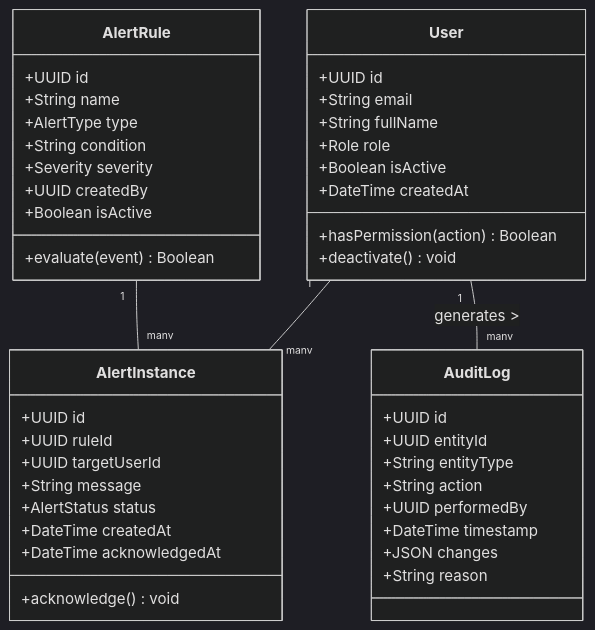
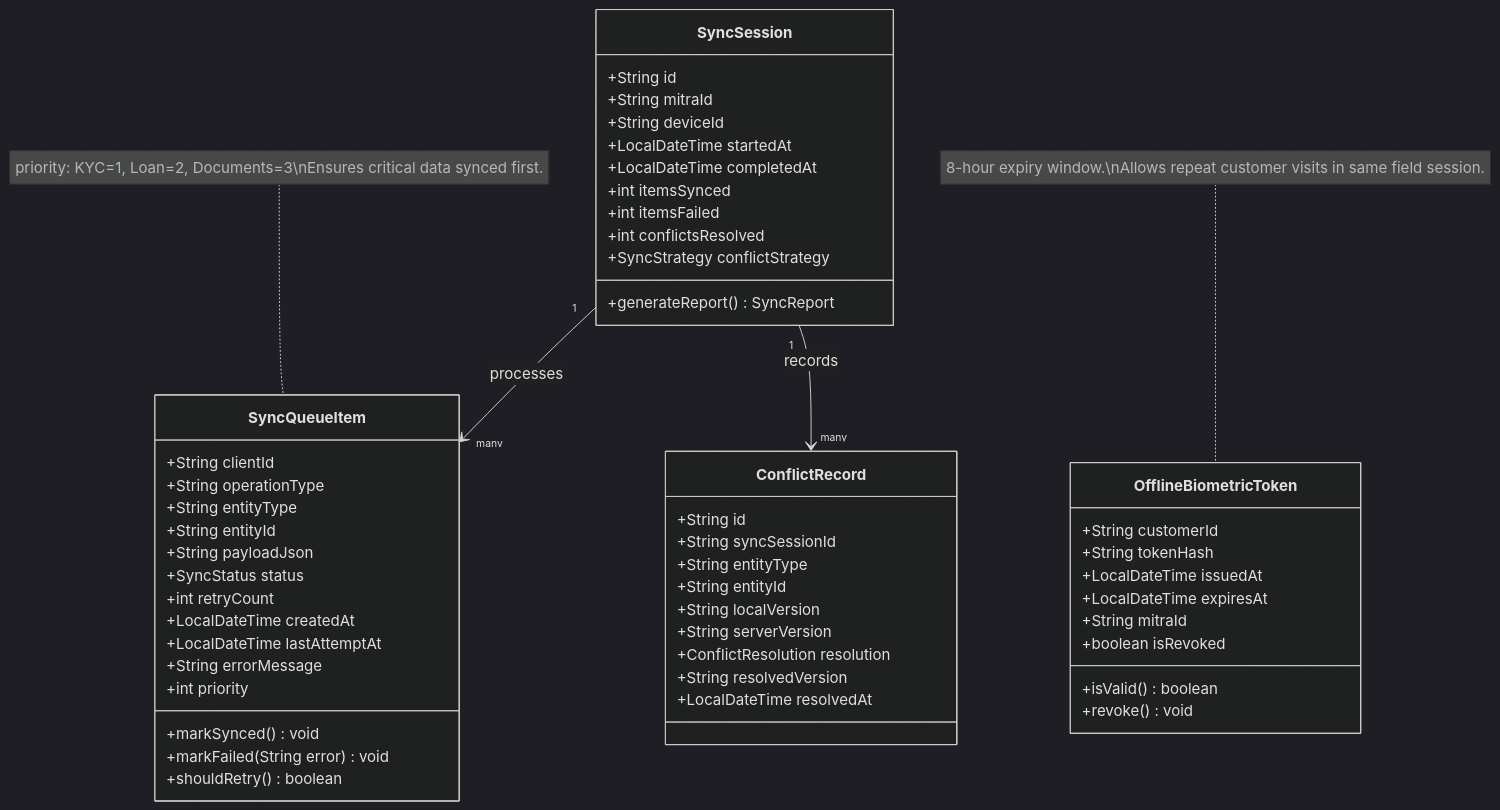
The third of 5 diagrams in CLASS_DIAGRAM.md (adityasinghz/kata), drawn with Mermaid (dark theme) before and after one commit. The commit also changed other lines of this file and 24 other files, not shown here.

````diff
--- a/CLASS_DIAGRAM.md
+++ b/CLASS_DIAGRAM.md
@@ -231,50 +210,61 @@
 ```mermaid
 classDiagram
-    class User {
-        +UUID id
-        +String email
-        +String fullName
-        +Role role
-        +Boolean isActive
-        +DateTime createdAt
-        +hasPermission(action) Boolean
-        +deactivate() void
+    class SyncQueueItem {
+        +String clientId
+        +String operationType
+        +String entityType
+        +String entityId
+        +String payloadJson
+        +SyncStatus status
+        +int retryCount
+        +LocalDateTime createdAt
+        +LocalDateTime lastAttemptAt
+        +String errorMessage
+        +int priority
+        +markSynced() void
+        +markFailed(String error) void
+        +shouldRetry() boolean
     }
 
-    class AlertRule {
-        +UUID id
-        +String name
-        +AlertType type
-        +String condition
-        +Severity severity
-        +UUID createdBy
-        +Boolean isActive
-        +evaluate(event) Boolean
+    class SyncSession {
+        +String id
+        +String mitraId
+        +String deviceId
+        +LocalDateTime startedAt
+        +LocalDateTime completedAt
+        +int itemsSynced
+        +int itemsFailed
+        +int conflictsResolved
+        +SyncStrategy conflictStrategy
+        +generateReport() SyncReport
     }
 
-    class AlertInstance {
-        +UUID id
-        +UUID ruleId
-        +UUID targetUserId
-        +String message
-        +AlertStatus status
-        +DateTime createdAt
-        +DateTime acknowledgedAt
-        +acknowledge() void
+    class ConflictRecord {
+        +String id
+        +String syncSessionId
+        +String entityType
+        +String entityId
+        +String localVersion
+        +String serverVersion
+        +ConflictResolution resolution
+        +String resolvedVersion
+        +LocalDateTime resolvedAt
     }
 
-    class AuditLog {
-        +UUID id
-        +UUID entityId
-        +String entityType
-        +String action
-        +UUID performedBy
-        +DateTime timestamp
-        +JSON changes
-        +String reason
+    class OfflineBiometricToken {
+        +String customerId
+        +String tokenHash
+        +LocalDateTime issuedAt
+        +LocalDateTime expiresAt
+        +String mitraId
+        +boolean isRevoked
+        +isValid() boolean
+        +revoke() void
     }
 
-    User "1" -- "many" AlertInstance
-    User "1" -- "many" AuditLog : generates >
-    AlertRule "1" -- "many" AlertInstance
+    SyncSession "1" --> "many" SyncQueueItem : processes
+    SyncSession "1" --> "many" ConflictRecord : records
+    
+    note for SyncQueueItem "priority: KYC=1, Loan=2, Documents=3\nEnsures critical data synced first."
+    note for OfflineBiometricToken "8-hour expiry window.\nAllows repeat customer visits in same field session."
 ```
````
